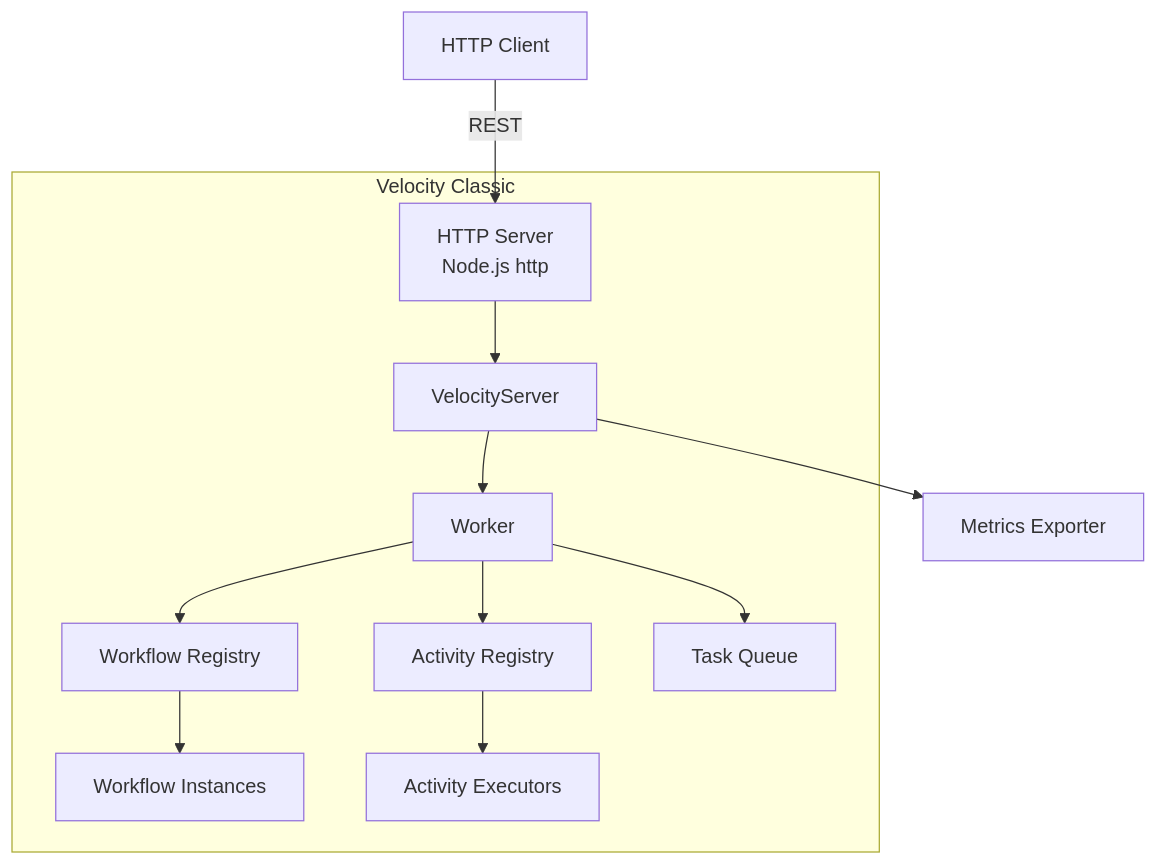
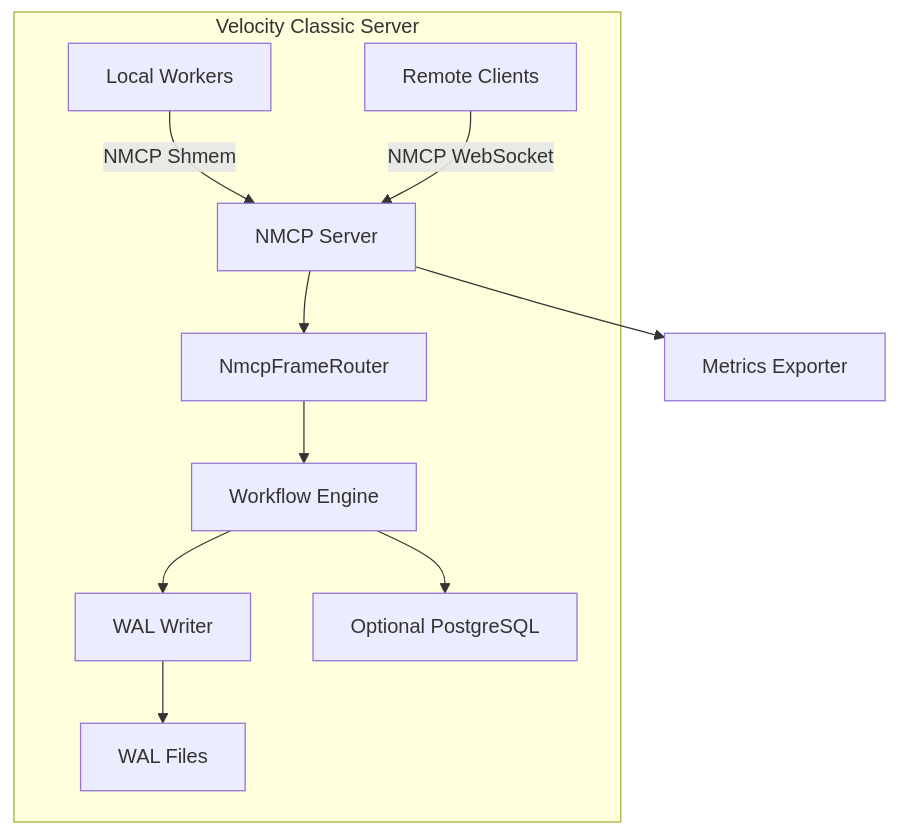
One commit to UnitBuilds-CC/V.E.L.O.C.I.T.Y.-WorkFlow changed the first of 3 diagrams in .qoder/repowiki/en/content/Velocity Classic (TypeScript).md. Above: the diagram before and after it, drawn with Mermaid. The commit also changed other lines of this file and 18 other files, not shown here.

````diff
--- a/.qoder/repowiki/en/content/Velocity Classic (TypeScript).md
+++ b/.qoder/repowiki/en/content/Velocity Classic (TypeScript).md
@@ -57,15 +59,14 @@
 ```mermaid
 graph TB
-    subgraph "Velocity Classic"
-        A[HTTP Server<br/>Node.js http] --> B[VelocityServer]
-        B --> C[Worker]
-        C --> D[Workflow Registry]
-        C --> E[Activity Registry]
-        D --> F[Workflow Instances]
-        E --> G[Activity Executors]
-        C --> H[Task Queue]
+    subgraph "Velocity Classic Server"
+        A[Local Workers] -->|NMCP Shmem| B[NMCP Server]
+        C[Remote Clients] -->|NMCP WebSocket| B
+        B --> D[NmcpFrameRouter]
+        D --> E[Workflow Engine]
+        E --> F[WAL Writer]
+        F --> G[WAL Files]
+        E --> H[Optional PostgreSQL]
     end
     
-    I[HTTP Client] -->|REST| A
-    B --> J[Metrics Exporter]
+    B --> I[Metrics Exporter]
 ```
````
